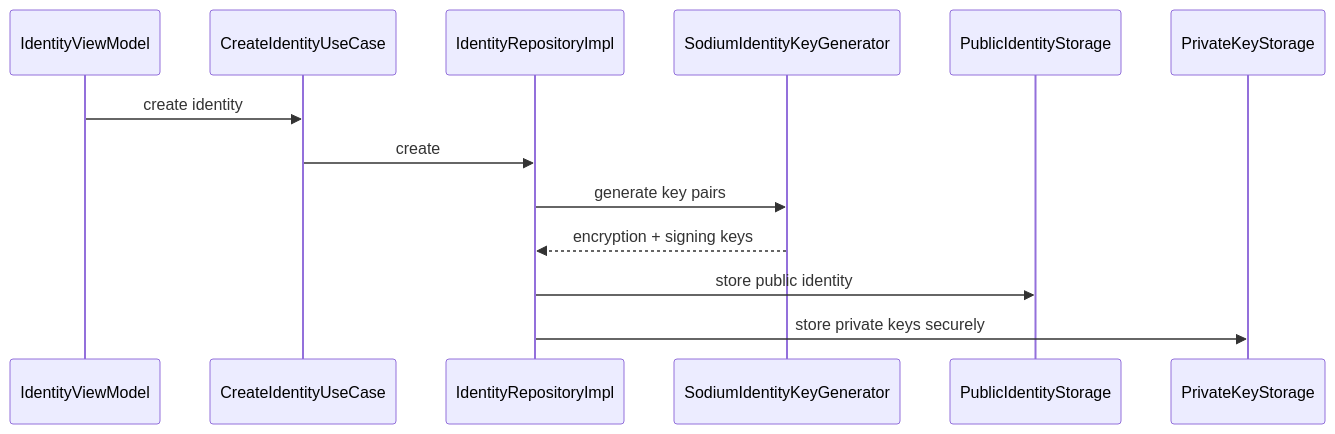
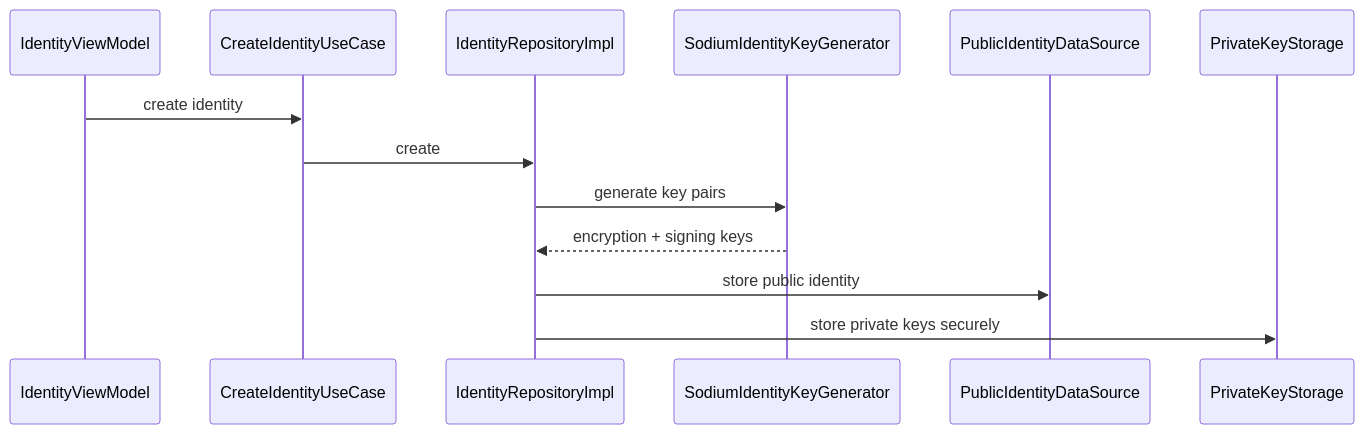
Before and after one commit to cbgm/Sparrow: the diagram in docs/features/identity.md, drawn with Mermaid. The commit also changed other lines of this file and 70 other files, not shown here.

````diff
--- a/docs/features/identity.md
+++ b/docs/features/identity.md
@@ -24,16 +23,16 @@
 ```mermaid
 sequenceDiagram
     participant UI as IdentityViewModel
     participant UC as CreateIdentityUseCase
     participant R as IdentityRepositoryImpl
     participant K as SodiumIdentityKeyGenerator
-    participant PUB as PublicIdentityStorage
+    participant PUB as PublicIdentityDataSource
     participant PRIV as PrivateKeyStorage
 
     UI->>UC: create identity
     UC->>R: create
     R->>K: generate key pairs
     K-->>R: encryption + signing keys
     R->>PUB: store public identity
     R->>PRIV: store private keys securely
 ```
````
